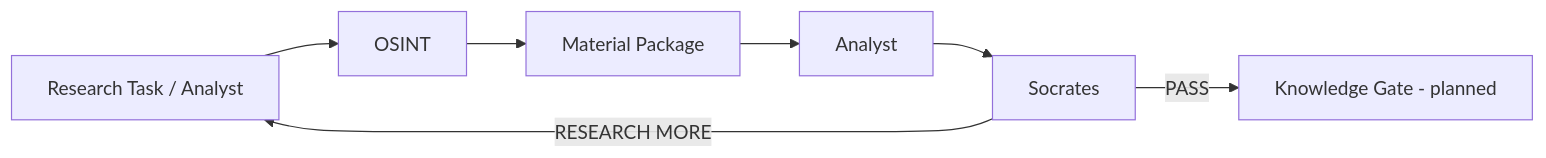
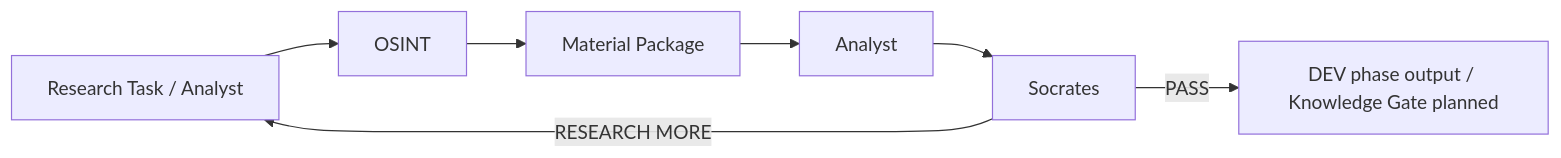
The first of 2 diagrams in README.md (VictorKVS/OSINT_deepseek), drawn with Mermaid before and after one commit. The commit also changed other lines of this file, not shown here.

````diff
--- a/README.md
+++ b/README.md
@@ -15,9 +15,9 @@
 ```mermaid
 flowchart LR
     A[Research Task / Analyst] --> B[OSINT]
     B --> C[Material Package]
     C --> D[Analyst]
     D --> E[Socrates]
-    E -->|PASS| F[Knowledge Gate - planned]
+    E -->|PASS| F[DEV phase output / Knowledge Gate planned]
     E -->|RESEARCH MORE| A
 ```
````
